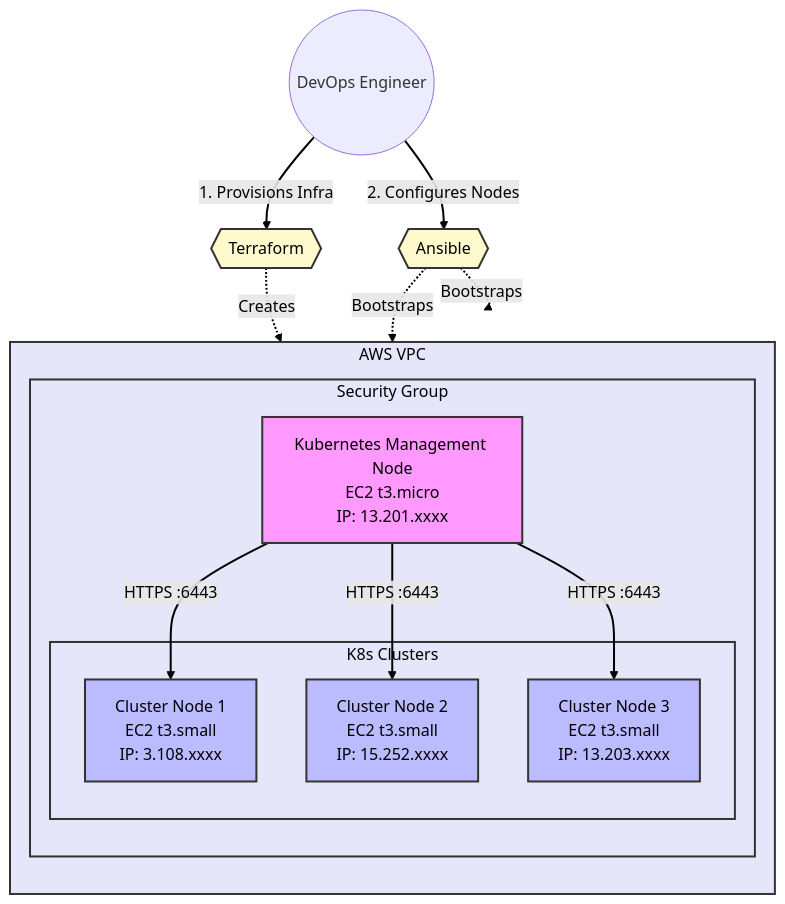
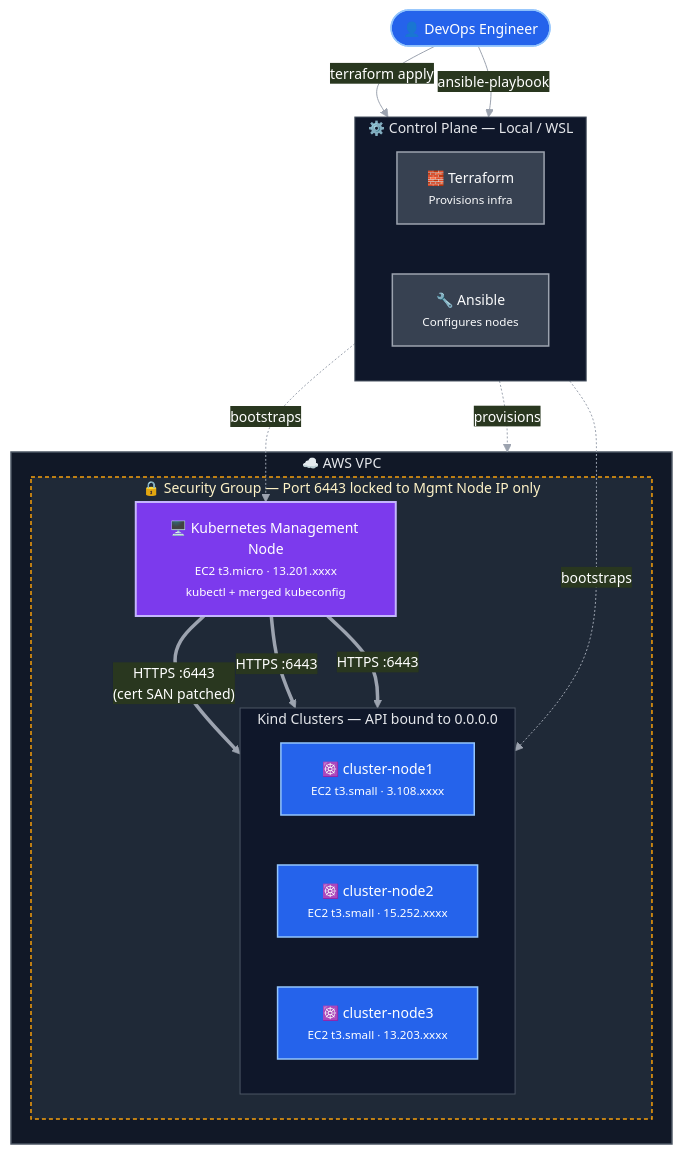
The diagram in README.md (Mayank11104/Kubernetes-3-Tier-Application-Infrastructure-on-AWS), drawn with Mermaid before and after one commit.

Commit message:
docs: add terraform and ansible automation flows to architecture diagram

````diff
--- a/README.md
+++ b/README.md
@@ -14,44 +14,49 @@
 ```mermaid
+%%{init: {"theme": "base", "themeVariables": {"primaryColor": "#1f2937", "primaryTextColor": "#ffffff", "primaryBorderColor": "#6b7280", "lineColor": "#9ca3af", "fontSize": "14px"}}}%%
 flowchart TD
-    Admin((DevOps Engineer))
-    
-    TF{{Terraform}}
-    ANS{{Ansible}}
-    
-    Admin -->|1. Provisions Infra| TF
-    Admin -->|2. Configures Nodes| ANS
-    
-    subgraph AWS_VPC ["AWS VPC"]
-        direction TB
-        
-        subgraph Security_Group ["Security Group"]
-            Client[Kubernetes Management Node<br/>EC2 t3.micro<br/>IP: 13.201.xxxx]
-            
-            subgraph K8s_Clusters ["K8s Clusters"]
-                Node1[Cluster Node 1<br/>EC2 t3.small<br/>IP: 3.108.xxxx]
-                Node2[Cluster Node 2<br/>EC2 t3.small<br/>IP: 15.252.xxxx]
-                Node3[Cluster Node 3<br/>EC2 t3.small<br/>IP: 13.203.xxxx]
+    Admin(["👤 DevOps Engineer"])
+
+    subgraph ControlPlane["⚙️ Control Plane — Local / WSL"]
+        direction LR
+        TF["🧱 Terraform<br/><small>Provisions infra</small>"]
+        ANS["🔧 Ansible<br/><small>Configures nodes</small>"]
+    end
+
+    Admin -->|"terraform apply"| TF
+    Admin -->|"ansible-playbook"| ANS
+
+    subgraph VPC["☁️ AWS VPC"]
+        subgraph SG["🔒 Security Group — Port 6443 locked to Mgmt Node IP only"]
+            MGMT["🖥️ Kubernetes Management Node<br/><small>EC2 t3.micro · 13.201.xxxx</small><br/><small>kubectl + merged kubeconfig</small>"]
+
+            subgraph Clusters["Kind Clusters — API bound to 0.0.0.0"]
+                direction LR
+                N1["☸️ cluster-node1<br/><small>EC2 t3.small · 3.108.xxxx</small>"]
+                N2["☸️ cluster-node2<br/><small>EC2 t3.small · 15.252.xxxx</small>"]
+                N3["☸️ cluster-node3<br/><small>EC2 t3.small · 13.203.xxxx</small>"]
             end
         end
     end
-    
-    TF -.->|Creates| AWS_VPC
-    ANS -.->|Bootstraps| Client
-    ANS -.->|Bootstraps| K8s_Clusters
-    
-    Client -->|HTTPS :6443| Node1
-    Client -->|HTTPS :6443| Node2
-    Client -->|HTTPS :6443| Node3
-    
-    linkStyle default stroke:black,stroke-width:2px,color:black;
-    classDef client fill:#f9f,stroke:#333,stroke-width:2px,color:black;
-    classDef cluster fill:#bbf,stroke:#333,stroke-width:2px,color:black;
-    classDef tool fill:#fffacd,stroke:#333,stroke-width:2px,color:black;
-    style AWS_VPC fill:#e6e6fa,color:black,stroke:#333,stroke-width:2px;
-    style Security_Group fill:#e6e6fa,color:black,stroke:#333,stroke-width:2px;
-    style K8s_Clusters fill:#e6e6fa,color:black,stroke:#333,stroke-width:2px;
-    
-    class Client client;
-    class Node1,Node2,Node3 cluster;
-    class TF,ANS tool;
+
+    TF -.->|provisions| VPC
+    ANS -.->|bootstraps| MGMT
+    ANS -.->|bootstraps| Clusters
+
+    MGMT ==>|"HTTPS :6443<br/>(cert SAN patched)"| N1
+    MGMT ==>|"HTTPS :6443"| N2
+    MGMT ==>|"HTTPS :6443"| N3
+
+    classDef tool fill:#374151,stroke:#9ca3af,color:#f9fafb,stroke-width:1.5px
+    classDef mgmt fill:#7c3aed,stroke:#c4b5fd,color:#ffffff,stroke-width:2px
+    classDef node fill:#2563eb,stroke:#93c5fd,color:#ffffff,stroke-width:1.5px
+    classDef vpc fill:#111827,stroke:#4b5563,color:#e5e7eb,stroke-width:1.5px
+    classDef sg fill:#1f2937,stroke:#f59e0b,color:#fef3c7,stroke-width:1.5px,stroke-dasharray: 4 3
+    classDef cluster fill:#0f172a,stroke:#4b5563,color:#e5e7eb,stroke-width:1px
+
+    class TF,ANS tool
+    class MGMT mgmt
+    class N1,N2,N3 node
+    class VPC vpc
+    class SG sg
+    class Clusters cluster
 ```
````
